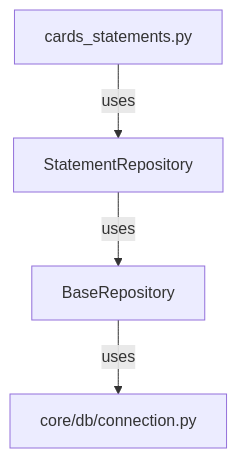
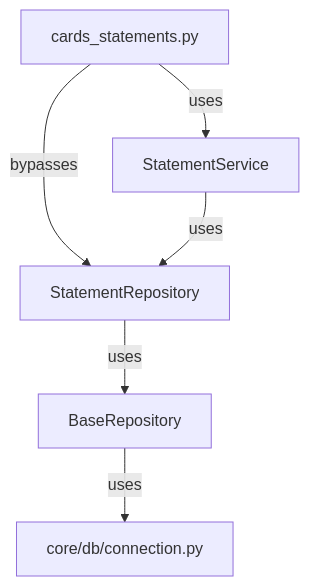
Before and after one commit to simcitysocial97-dev/ClariFin_OS: the third of 14 diagrams in docs/reports/Program_5_3B_Dependency_Graph.md, drawn with Mermaid. The commit also changed other lines of this file and 62 other files, not shown here.

````diff
--- a/docs/reports/Program_5_3B_Dependency_Graph.md
+++ b/docs/reports/Program_5_3B_Dependency_Graph.md
@@ -46,6 +46,8 @@
 ```mermaid
 graph TD
-    A[cards_statements.py] -->|uses| B[StatementRepository]
-    B -->|uses| C[BaseRepository]
-    C -->|uses| D[core/db/connection.py]
+    A[cards_statements.py] -->|uses| B[StatementService]
+    A -->|bypasses| C[StatementRepository]
+    B -->|uses| C
+    C -->|uses| D[BaseRepository]
+    D -->|uses| E[core/db/connection.py]
 ```
````
